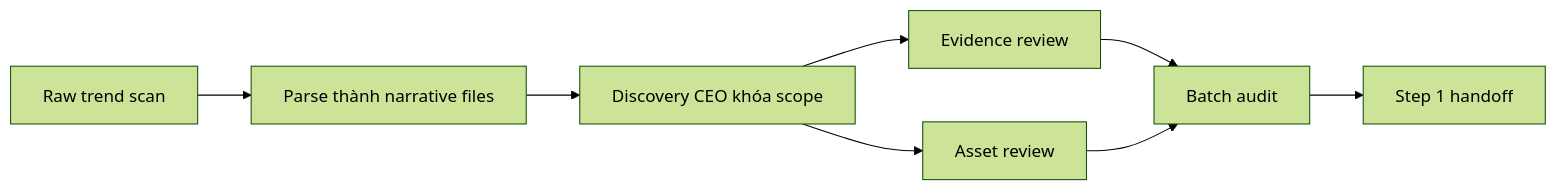
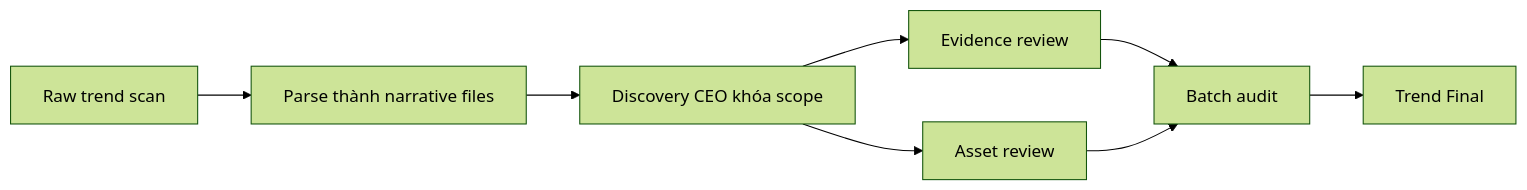
One commit to 0xchalker/mintlify-docs changed the diagram in docs/stages/trend-discovery.mdx. Above: the diagram before and after it, drawn with Mermaid (forest theme). The commit also changed other lines of this file and 5 other files, not shown here.

Commit message:
Align Stage 1 docs with Trend Final

````diff
--- a/docs/stages/trend-discovery.mdx
+++ b/docs/stages/trend-discovery.mdx
@@ -19,10 +19,10 @@
 ```mermaid
 flowchart LR
     A["Raw trend scan"] --> B["Parse thành narrative files"]
     B --> C["Discovery CEO khóa scope"]
     C --> D["Evidence review"]
     C --> E["Asset review"]
     D --> F["Batch audit"]
     E --> F
-    F --> G["Step 1 handoff"]
+    F --> G["Trend Final"]
 ```
````
